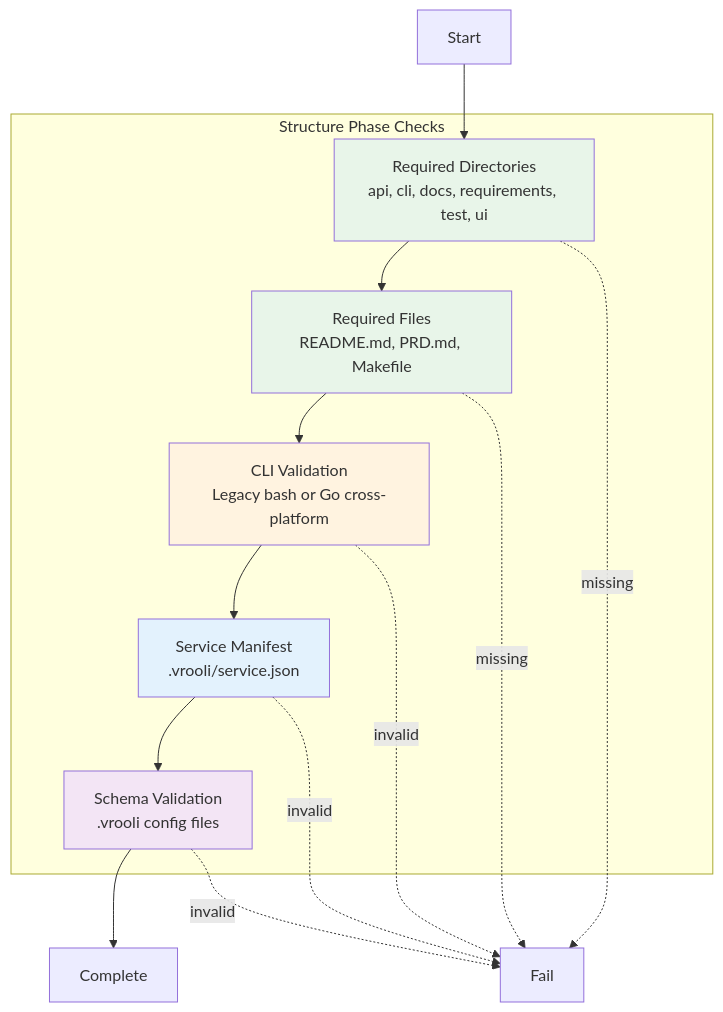
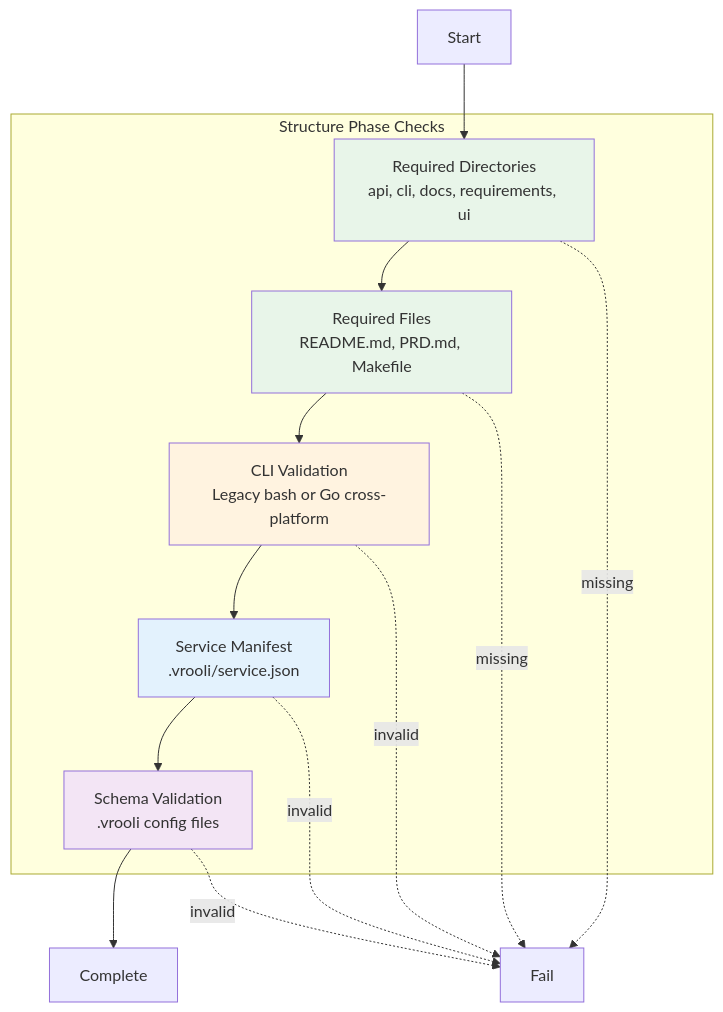
One commit to Vrooli/Vrooli changed the diagram in scenarios/test-genie/docs/phases/structure/README.md. Above: the diagram before and after it, drawn with Mermaid. The commit also changed other lines of this file and 91 other files, not shown here.

````diff
--- a/scenarios/test-genie/docs/phases/structure/README.md
+++ b/scenarios/test-genie/docs/phases/structure/README.md
@@ -12,29 +12,29 @@
 ```mermaid
 graph TB
     subgraph "Structure Phase Checks"
-        DIRS[Required Directories<br/>api, cli, docs, requirements, test, ui]
+        DIRS[Required Directories<br/>api, cli, docs, requirements, ui]
         FILES[Required Files<br/>README.md, PRD.md, Makefile]
         CLI[CLI Validation<br/>Legacy bash or Go cross-platform]
         MANIFEST[Service Manifest<br/>.vrooli/service.json]
         SCHEMA[Schema Validation<br/>.vrooli config files]
     end
 
     START[Start] --> DIRS
     DIRS --> FILES
     FILES --> CLI
     CLI --> MANIFEST
     MANIFEST --> SCHEMA
     SCHEMA --> DONE[Complete]
 
     DIRS -.->|missing| FAIL[Fail]
     FILES -.->|missing| FAIL
     CLI -.->|invalid| FAIL
     MANIFEST -.->|invalid| FAIL
     SCHEMA -.->|invalid| FAIL
 
     style DIRS fill:#e8f5e9
     style FILES fill:#e8f5e9
     style CLI fill:#fff3e0
     style MANIFEST fill:#e3f2fd
     style SCHEMA fill:#f3e5f5
 ```
````
